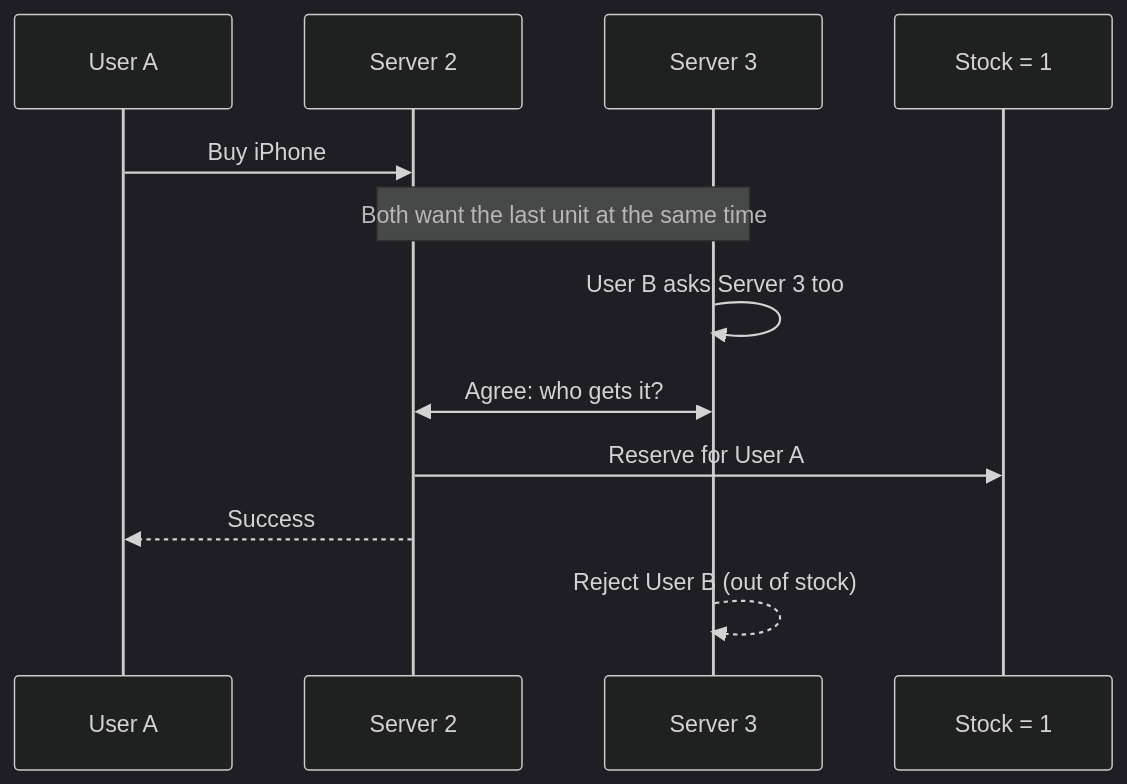
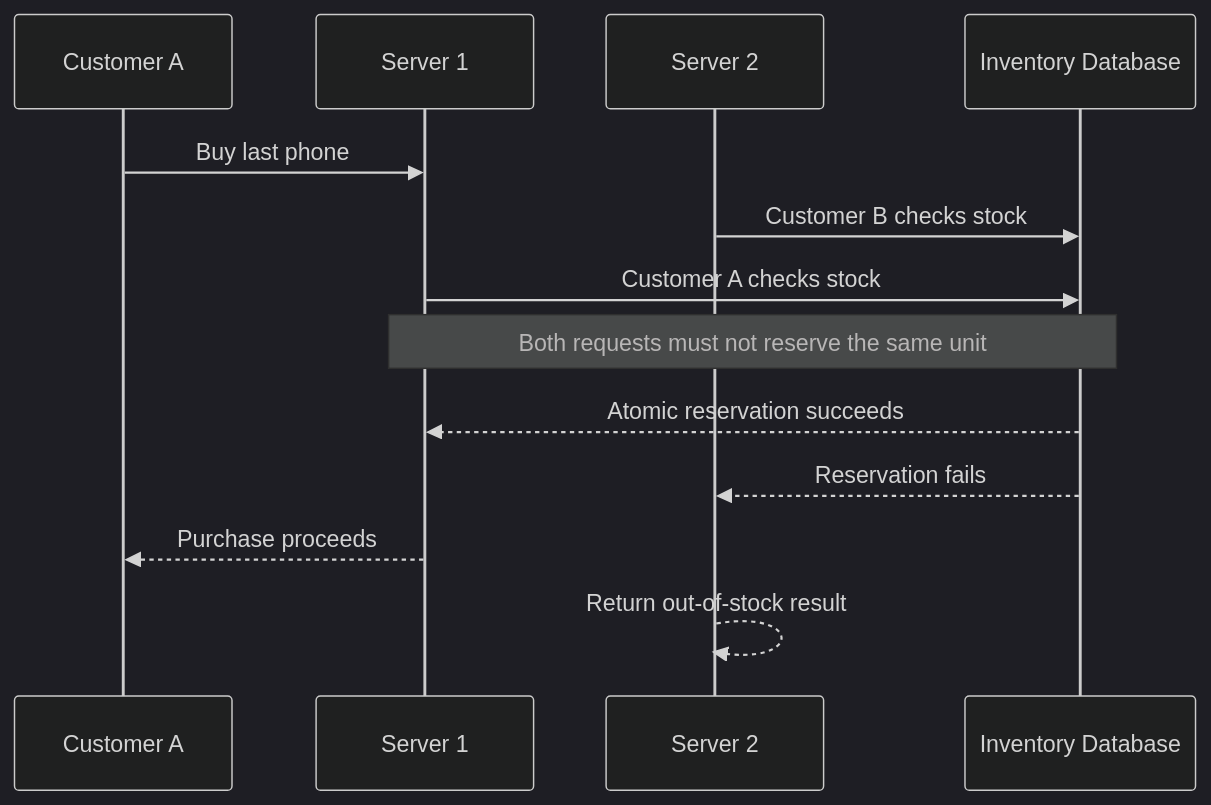
Before and after one commit to HARRISAMIN432/system-design-hld: diagram 12 of 17 in 09_distributed_computing/README.md, drawn with Mermaid (dark theme). The commit also changed other lines of this file and 11 other files, not shown here.

````diff
--- a/09_distributed_computing/README.md
+++ b/09_distributed_computing/README.md
@@ -138,15 +648,16 @@
 ```mermaid
 sequenceDiagram
-    participant A as User A
+    participant A as Customer A
+    participant S1 as Server 1
     participant S2 as Server 2
-    participant S3 as Server 3
-    participant D as Stock = 1
+    participant D as Inventory Database
 
-    A->>S2: Buy iPhone
-    Note over S2,S3: Both want the last unit at the same time
-    S3->>S3: User B asks Server 3 too
-    S2<<->>S3: Agree: who gets it?
-    S2->>D: Reserve for User A
-    S2-->>A: Success
-    S3-->>S3: Reject User B (out of stock)
+    A->>S1: Buy last phone
+    S2->>D: Customer B checks stock
+    S1->>D: Customer A checks stock
+    Note over S1,D: Both requests must not reserve the same unit
+    D-->>S1: Atomic reservation succeeds
+    D-->>S2: Reservation fails
+    S1-->>A: Purchase proceeds
+    S2-->>S2: Return out-of-stock result
 ```
````
